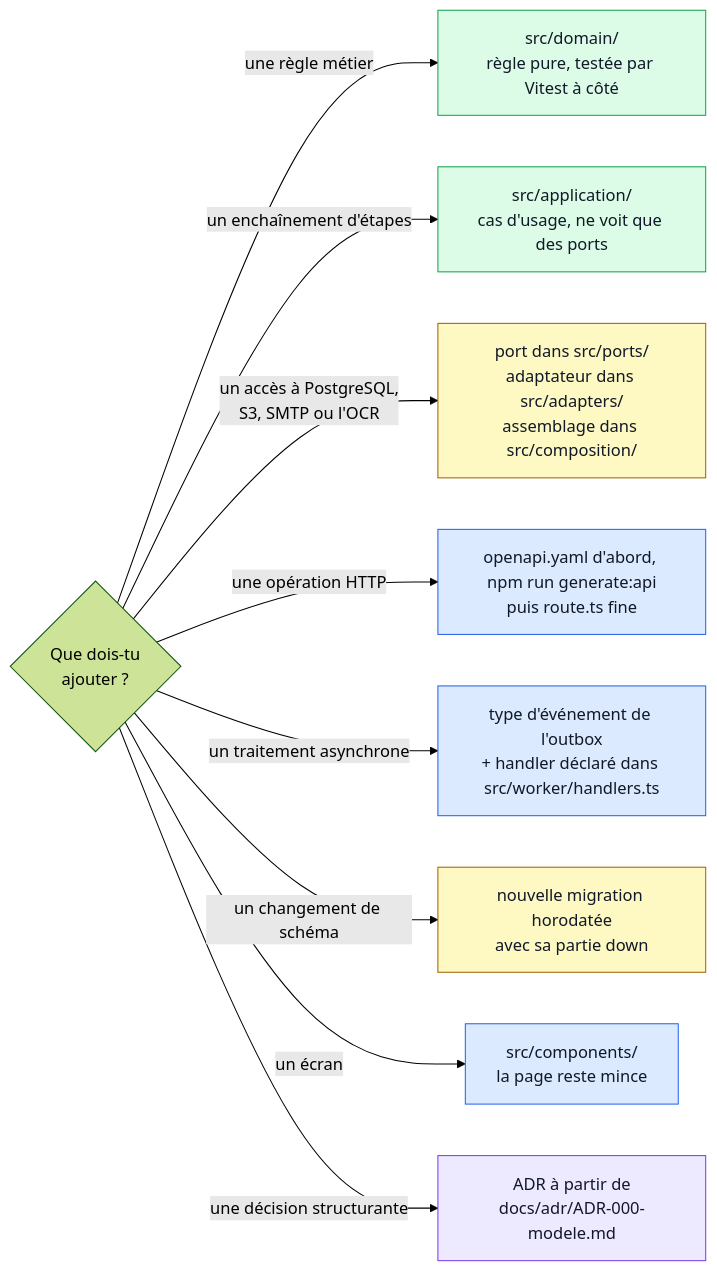
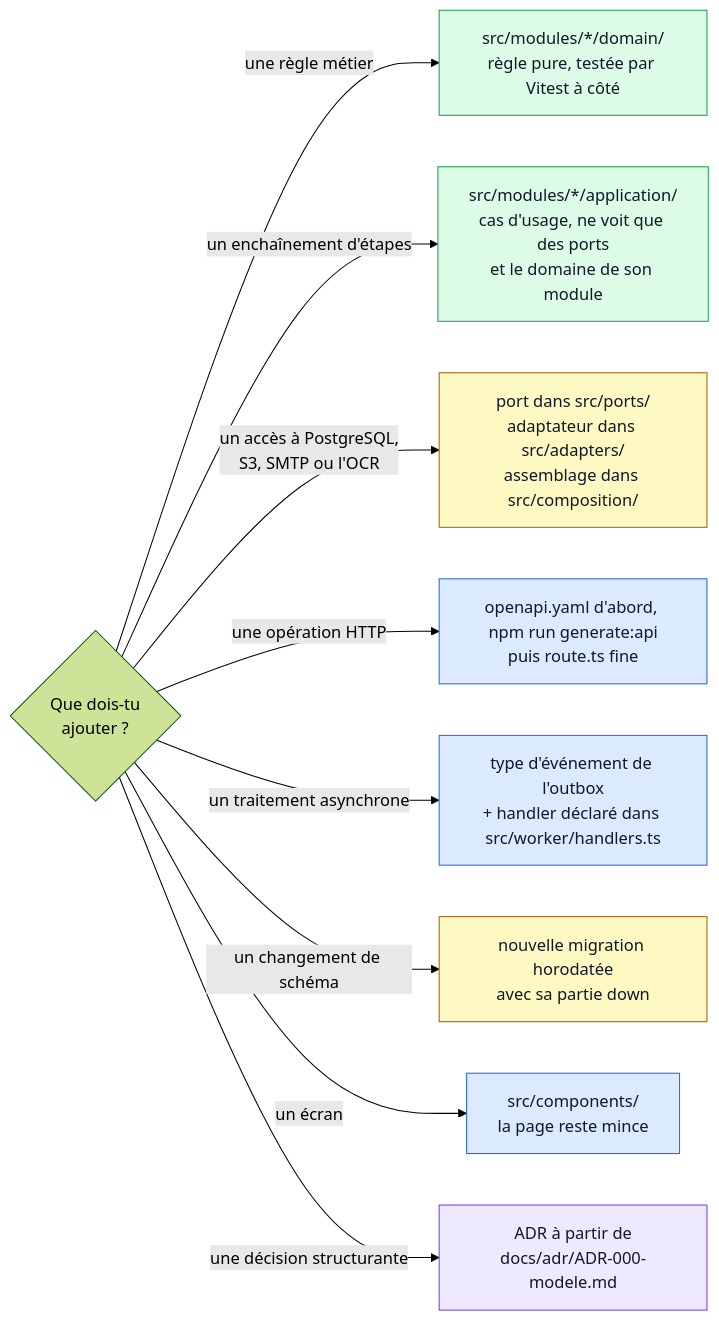
One commit to 2-MORGAN/expense-io changed the diagram in docs/architecture/vues/ou-placer.mmd. Above: the diagram before and after it, drawn with Mermaid (forest theme). The commit also changed 195 other files, not shown here.

First line of the commit message:
refactor(modules): un hexagone par module, validation séparée (ADR-002 §3.2) (#55)

```diff
--- a/docs/architecture/vues/ou-placer.mmd
+++ b/docs/architecture/vues/ou-placer.mmd
@@ -1,31 +1,31 @@
 flowchart LR
   %% Vue écrite à la main : la modifier ici, npm run generate:architecture la recopie dans docs/index.html.
   %% À tenir à jour avec CLAUDE.md (« Où placer le code »).
 
   q{"Que dois-tu<br/>ajouter ?"}
-  domain["src/domain/<br/>règle pure, testée par Vitest à côté"]
-  usecase["src/application/<br/>cas d'usage, ne voit que des ports"]
+  domain["src/modules/*/domain/<br/>règle pure, testée par Vitest à côté"]
+  usecase["src/modules/*/application/<br/>cas d'usage, ne voit que des ports<br/>et le domaine de son module"]
   port["port dans src/ports/<br/>adaptateur dans src/adapters/<br/>assemblage dans src/composition/"]
   route["openapi.yaml d'abord, npm run generate:api<br/>puis route.ts fine"]
   event["type d'événement de l'outbox<br/>+ handler déclaré dans src/worker/handlers.ts"]
   migration["nouvelle migration horodatée<br/>avec sa partie down"]
   ui["src/components/<br/>la page reste mince"]
   adr["ADR à partir de<br/>docs/adr/ADR-000-modele.md"]
 
   q -->|"une règle métier"| domain
   q -->|"un enchaînement d'étapes"| usecase
   q -->|"un accès à PostgreSQL,<br/>S3, SMTP ou l'OCR"| port
   q -->|"une opération HTTP"| route
   q -->|"un traitement asynchrone"| event
   q -->|"un changement de schéma"| migration
   q -->|"un écran"| ui
   q -->|"une décision structurante"| adr
 
   classDef coeur fill:#dcfce7,stroke:#16a34a,color:#111827
   classDef infra fill:#fef9c3,stroke:#a16207,color:#111827
   classDef entree fill:#dbeafe,stroke:#2563eb,color:#111827
   classDef doc fill:#ede9fe,stroke:#7c3aed,color:#111827
   class domain,usecase coeur
   class port,migration infra
   class route,event,ui entree
   class adr doc
```
